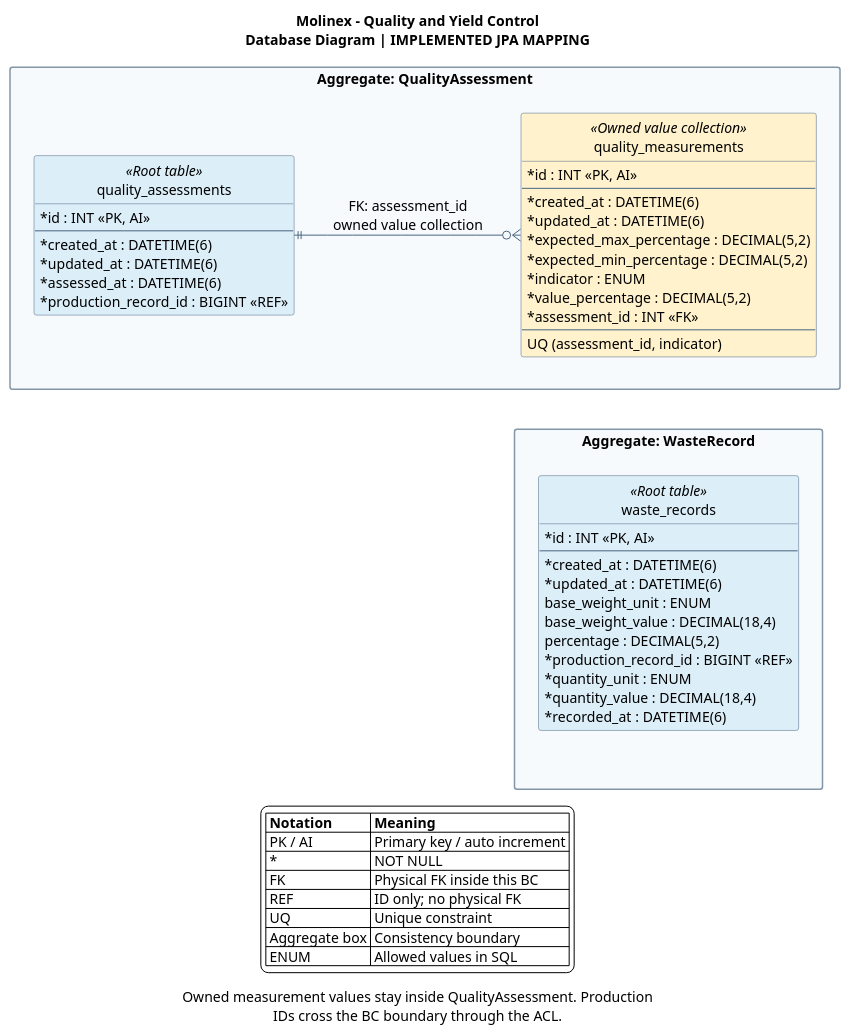
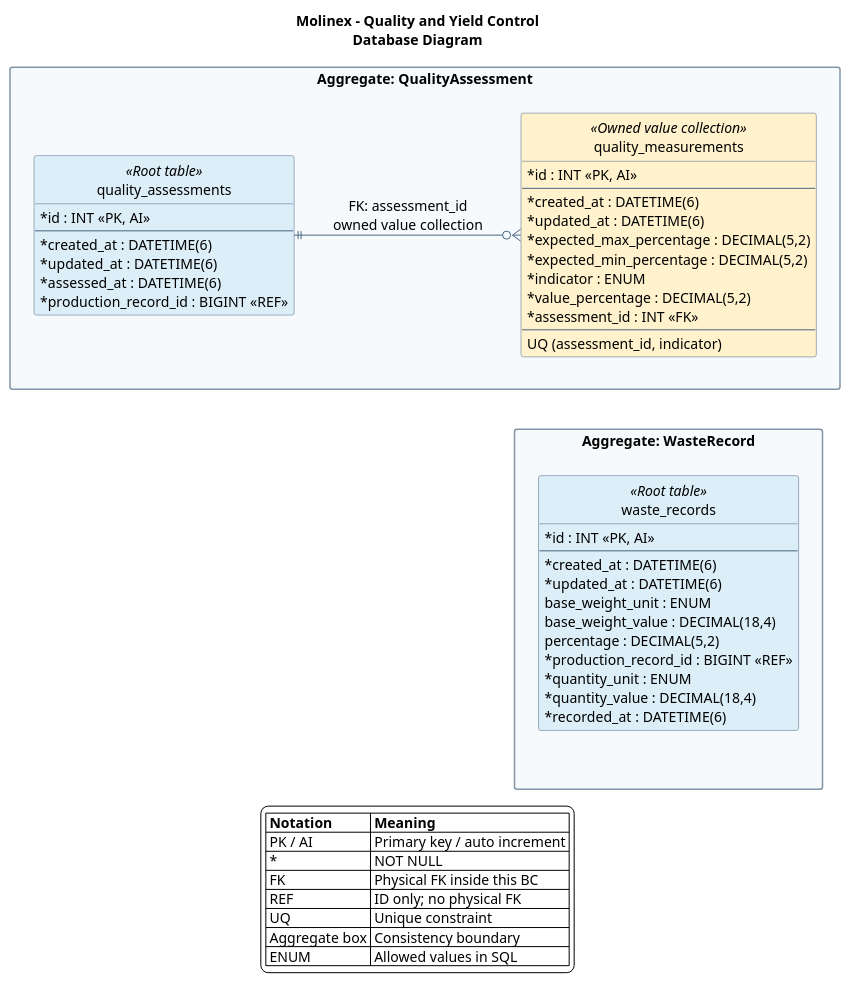
Before and after one commit to Vanguard-open-source/molinex-report: the diagram in assets/Images Chapter 4/Database Design/Database Diagrams/quality-yield-control-database.puml, drawn with PlantUML. The commit also changed 14 other files, not shown here.

Commit message:
docs(database): simplify diagram descriptions and titles

```diff
--- a/assets/Images Chapter 4/Database Design/Database Diagrams/quality-yield-control-database.puml
+++ b/assets/Images Chapter 4/Database Design/Database Diagrams/quality-yield-control-database.puml
@@ -1,71 +1,67 @@
 @startuml
 left to right direction
 hide circle
 hide methods
 skinparam backgroundColor #FFFFFF
 skinparam shadowing false
 skinparam defaultFontName Arial
 skinparam defaultFontSize 14
 skinparam classAttributeIconSize 0
 skinparam packageStyle rectangle
 skinparam ArrowColor #486581
 skinparam nodesep 50
 skinparam ranksep 75
 skinparam classBorderColor #486581
 skinparam packageBorderColor #8296A8
-title Molinex - Quality and Yield Control\nDatabase Diagram | IMPLEMENTED JPA MAPPING
-caption
-Owned measurement values stay inside QualityAssessment. Production
-IDs cross the BC boundary through the ACL.
-endcaption
+title Molinex - Quality and Yield Control\nDatabase Diagram
 package "Aggregate: QualityAssessment" as aggregate_0 #F7FAFC {
 entity "quality_assessments" as quality_assessments <<Root table>> #DCEEF8 {
   * id : INT <<PK, AI>>
   --
   * created_at : DATETIME(6)
   * updated_at : DATETIME(6)
   * assessed_at : DATETIME(6)
   * production_record_id : BIGINT <<REF>>
 }
 entity "quality_measurements" as quality_measurements <<Owned value collection>> #FFF2CC {
   * id : INT <<PK, AI>>
   --
   * created_at : DATETIME(6)
   * updated_at : DATETIME(6)
   * expected_max_percentage : DECIMAL(5,2)
   * expected_min_percentage : DECIMAL(5,2)
   * indicator : ENUM
   * value_percentage : DECIMAL(5,2)
   * assessment_id : INT <<FK>>
   --
   UQ (assessment_id, indicator)
 }
 }
 package "Aggregate: WasteRecord" as aggregate_1 #F7FAFC {
 entity "waste_records" as waste_records <<Root table>> #DCEEF8 {
   * id : INT <<PK, AI>>
   --
   * created_at : DATETIME(6)
   * updated_at : DATETIME(6)
   base_weight_unit : ENUM
   base_weight_value : DECIMAL(18,4)
   percentage : DECIMAL(5,2)
   * production_record_id : BIGINT <<REF>>
   * quantity_unit : ENUM
   * quantity_value : DECIMAL(18,4)
   * recorded_at : DATETIME(6)
 }
 }
 quality_assessments ||--o{ quality_measurements : FK: assessment_id\nowned value collection
 aggregate_0 -[hidden]-> aggregate_1
 legend bottom
 |= Notation |= Meaning |
 | PK / AI | Primary key / auto increment |
 | * | NOT NULL |
 | FK | Physical FK inside this BC |
 | REF | ID only; no physical FK |
 | UQ | Unique constraint |
 | Aggregate box | Consistency boundary |
 | ENUM | Allowed values in SQL |
 endlegend
 @enduml
```
